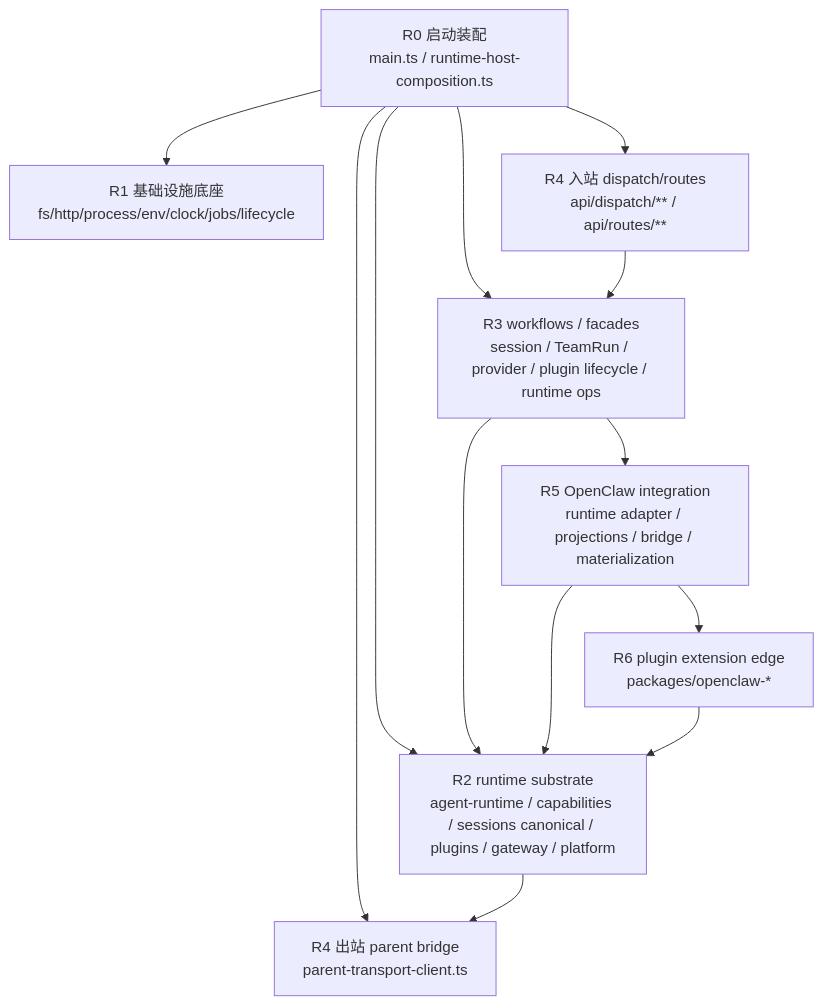
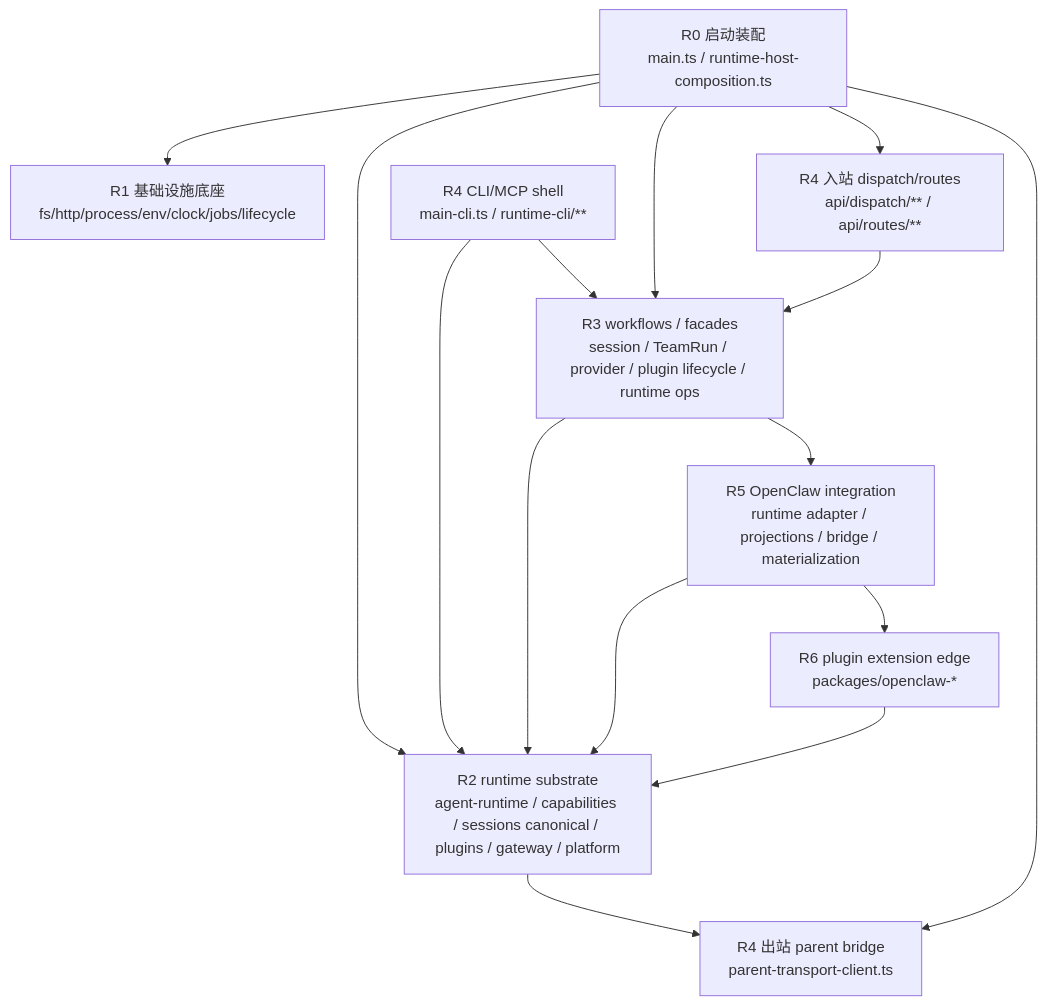
Before and after one commit to hellowKeyzj/Matcha-claw: the second of 6 diagrams in docs/architecture/layered-architecture.md, drawn with Mermaid. The commit also changed other lines of this file and 2 other files, not shown here.

Commit message:
docs(architecture): update runtime module map

````diff
--- a/docs/architecture/layered-architecture.md
+++ b/docs/architecture/layered-architecture.md
@@ -394,24 +405,27 @@
 ```mermaid
 flowchart TB
   Bootstrap["R0 启动装配\nmain.ts / runtime-host-composition.ts"]
   Infra["R1 基础设施底座\nfs/http/process/env/clock/jobs/lifecycle"]
   Substrate["R2 runtime substrate\nagent-runtime / capabilities / sessions canonical / plugins / gateway / platform"]
   Workflows["R3 workflows / facades\nsession / TeamRun / provider / plugin lifecycle / runtime ops"]
   Inbound["R4 入站 dispatch/routes\napi/dispatch/** / api/routes/**"]
+  RuntimeCliMcp["R4 CLI/MCP shell\nmain-cli.ts / runtime-cli/**"]
   ParentBridge["R4 出站 parent bridge\nparent-transport-client.ts"]
   OpenClaw["R5 OpenClaw integration\nruntime adapter / projections / bridge / materialization"]
   Plugins["R6 plugin extension edge\npackages/openclaw-*"]
 
   Bootstrap --> Infra
   Bootstrap --> Substrate
   Bootstrap --> Workflows
   Bootstrap --> Inbound
   Bootstrap --> ParentBridge
   Inbound --> Workflows
+  RuntimeCliMcp --> Substrate
+  RuntimeCliMcp --> Workflows
   Workflows --> Substrate
   Workflows --> OpenClaw
   OpenClaw --> Substrate
   OpenClaw --> Plugins
   Plugins --> Substrate
   Substrate --> ParentBridge
 ```
````
